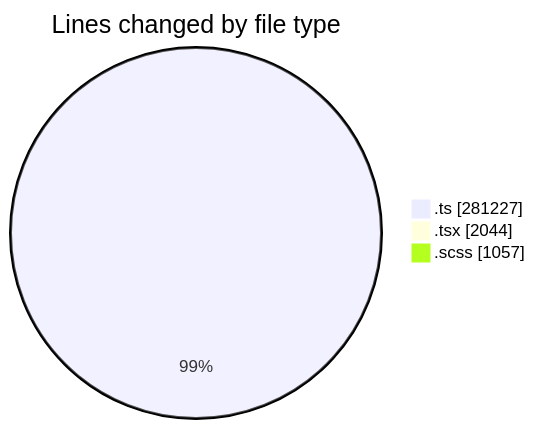
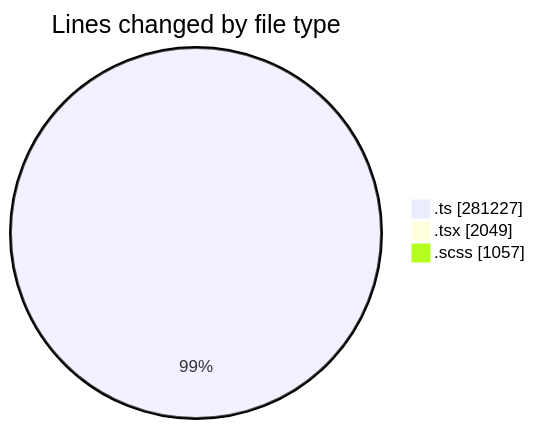
One commit to momahboobian/code-tracking changed the first of 2 diagrams in 2025-08-22/cda/README.md. Above: the diagram before and after it, drawn with Mermaid. The commit also changed other lines of this file and 1 other file, not shown here.

````diff
--- a/2025-08-22/cda/README.md
+++ b/2025-08-22/cda/README.md
@@ -43,7 +43,7 @@
 ```mermaid
 pie showData
 title Lines changed by file type
 ".ts" : 281227
-".tsx" : 2044
+".tsx" : 2049
 ".scss" : 1057
 ```
````
